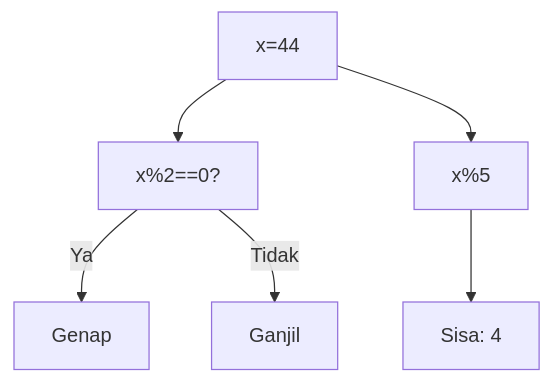
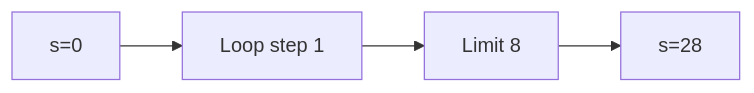
Diagram 14 of 25 in part-c-pemahaman-cpp/03-perulangan/latihan/set-10.md (amnahwaida/OSNK_INF_PREP), drawn with Mermaid before and after one commit. The commit also changed other lines of this file and 71 other files, not shown here.

````diff
--- a/part-c-pemahaman-cpp/03-perulangan/latihan/set-10.md
+++ b/part-c-pemahaman-cpp/03-perulangan/latihan/set-10.md
@@ -455,8 +372,6 @@
 ```mermaid
-graph TD
-A["x=44"] --> B["x%2==0?"]
-B -- Ya --> C["Genap"]
-B -- Tidak --> D["Ganjil"]
-A --> E["x%5"]
-E --> F["Sisa: 4"]
+graph LR
+A["s=0"] --> B["Loop step 1"]
+B --> C["Limit 8"]
+C --> D["s=28"]
 ```
````
